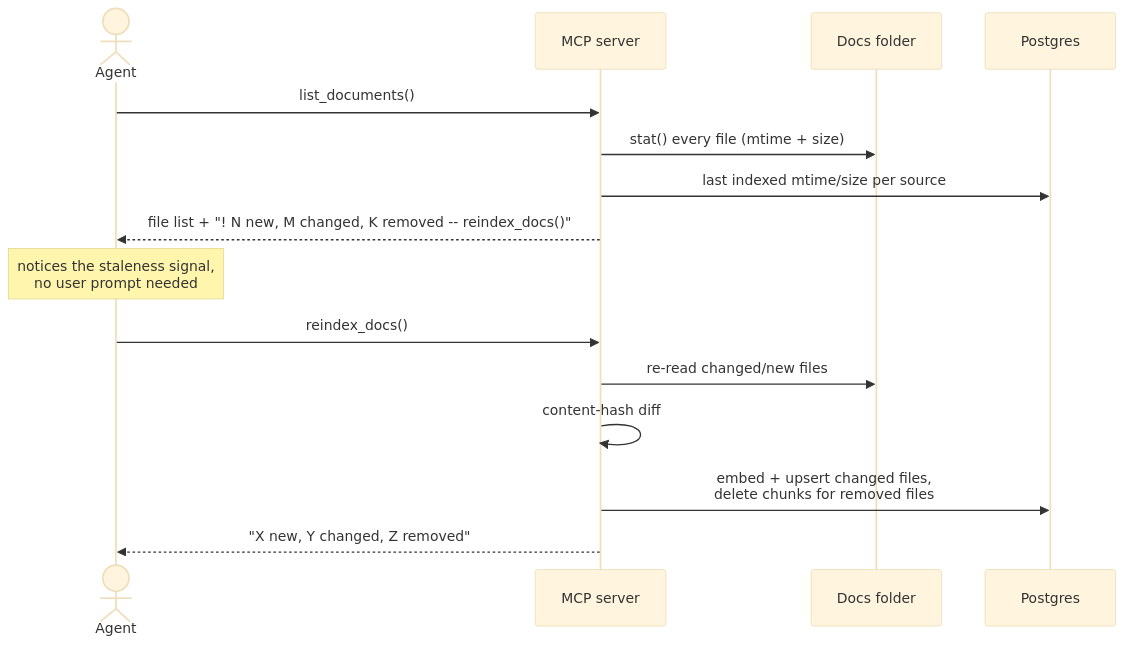
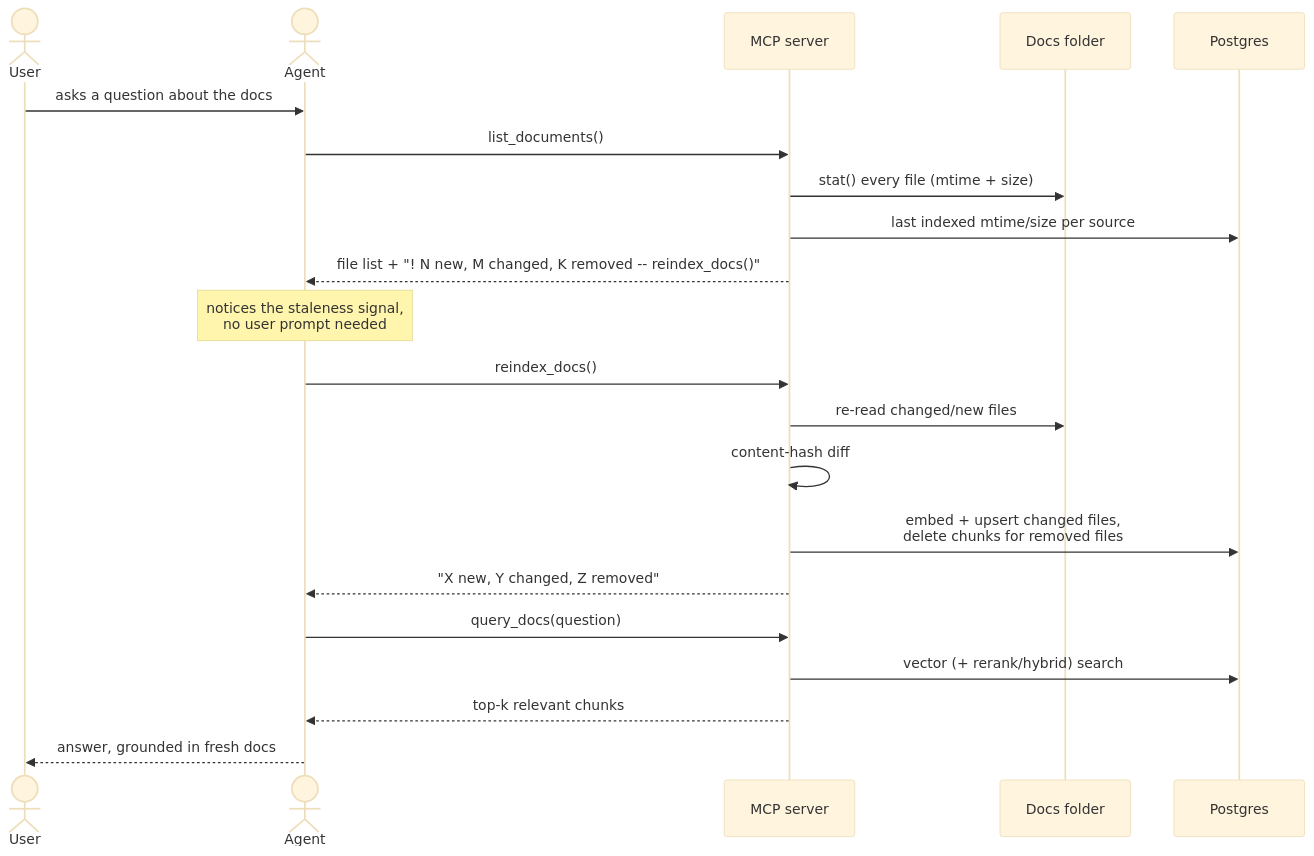
Before and after one commit to theniitettey/doc-rag-mcp: the third of 3 diagrams in README.md, drawn with Mermaid (base theme).

Commit message:
Show the full User -> Agent -> MCP server flow in the staleness diagram

````diff
--- a/README.md
+++ b/README.md
@@ -67,18 +67,24 @@
 ```mermaid
 sequenceDiagram
+    actor User
     actor Agent
     participant Server as MCP server
     participant FS as Docs folder
     participant DB as Postgres
 
+    User->>Agent: asks a question about the docs
     Agent->>Server: list_documents()
     Server->>FS: stat() every file (mtime + size)
     Server->>DB: last indexed mtime/size per source
     Server-->>Agent: file list + "! N new, M changed, K removed -- reindex_docs()"
     Note over Agent: notices the staleness signal,<br/>no user prompt needed
     Agent->>Server: reindex_docs()
     Server->>FS: re-read changed/new files
     Server->>Server: content-hash diff
     Server->>DB: embed + upsert changed files,<br/>delete chunks for removed files
     Server-->>Agent: "X new, Y changed, Z removed"
+    Agent->>Server: query_docs(question)
+    Server->>DB: vector (+ rerank/hybrid) search
+    Server-->>Agent: top-k relevant chunks
+    Agent-->>User: answer, grounded in fresh docs
 ```
````
